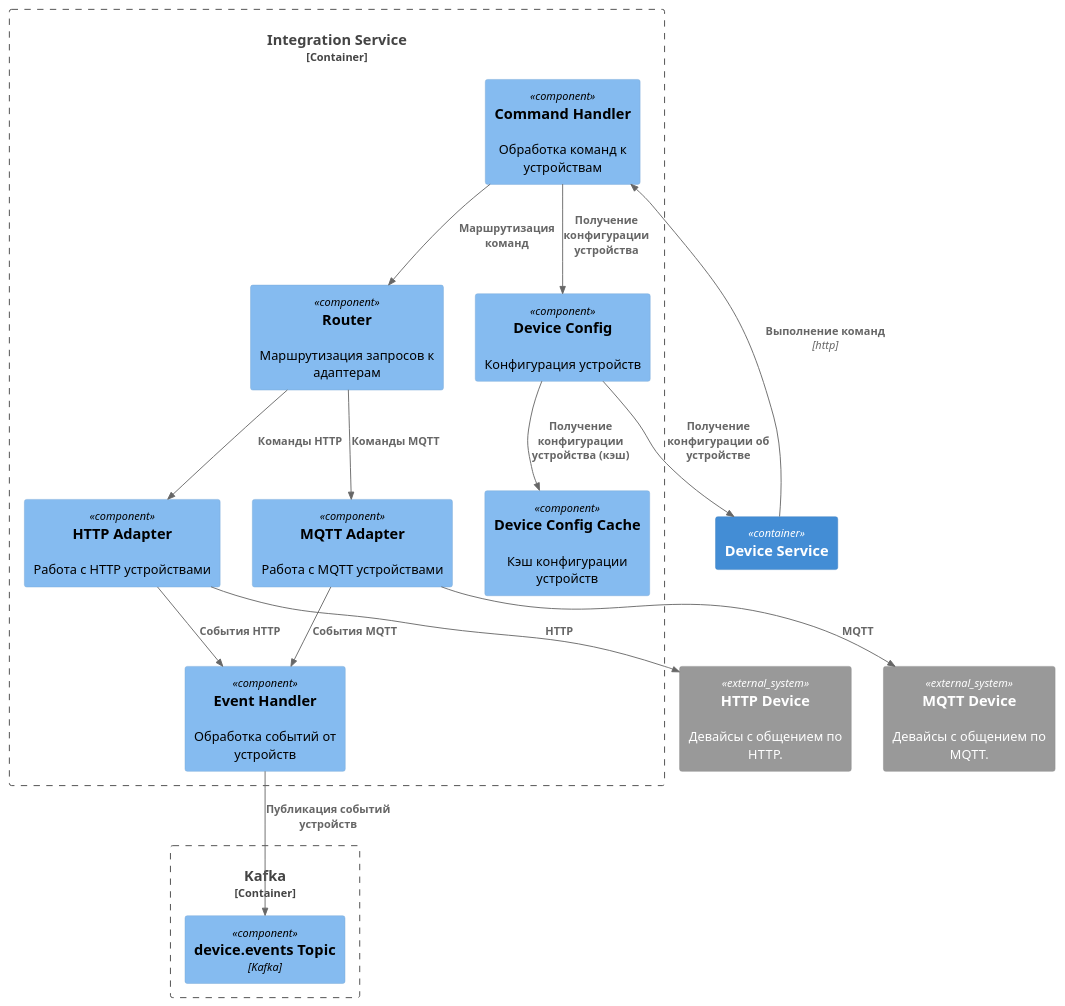
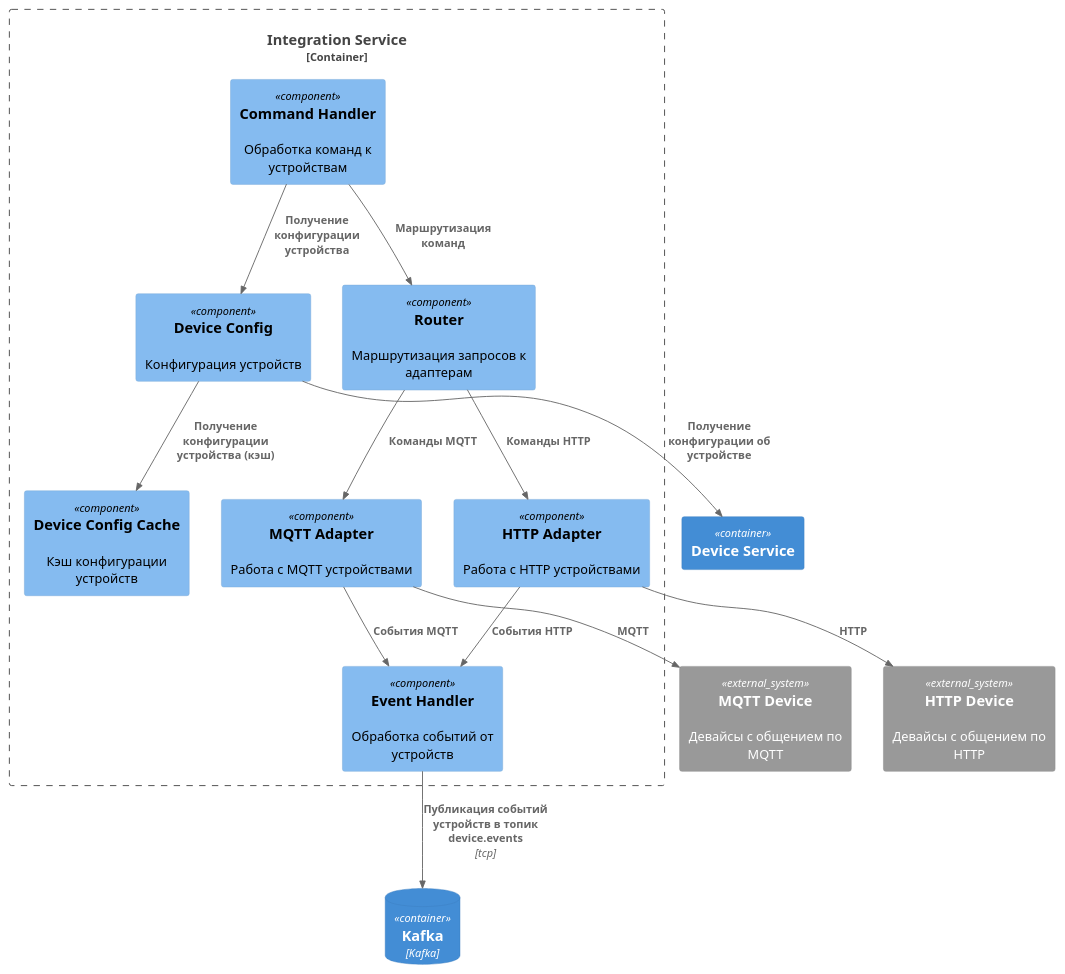
The third of 6 diagrams in docs/2be_component.puml (dengaleev/practicum-warmhouse), drawn with PlantUML before and after one commit. The commit also changed other lines of this file, not shown here.

```diff
--- a/docs/2be_component.puml
+++ b/docs/2be_component.puml
@@ -47,44 +63,38 @@
 @startuml C4_Component_ToBeSystem_IntegrationService
 
 !include https://raw.githubusercontent.com/plantuml-stdlib/C4-PlantUML/master/C4_Component.puml
+
+Container(device_service, "Device Service", "", "")
+ContainerDb(kafka_device_events, "Kafka", "Kafka", "")
+System_Ext(mqtt_device, "MQTT Device", "Девайсы с общением по MQTT")
+System_Ext(http_device, "HTTP Device", "Девайсы с общением по HTTP")
 
 Container_Boundary(integration_service, "Integration Service") {
     Component(command_handler, "Command Handler", "", "Обработка команд к устройствам")
     Component(event_handler, "Event Handler", "", "Обработка событий от устройств")
 
     Component(device_config, "Device Config", "", "Конфигурация устройств")
     Component(device_config_cache, "Device Config Cache", "", "Кэш конфигурации устройств")
     Component(router, "Router", "", "Маршрутизация запросов к адаптерам")
 
     Component(mqtt_adapter, "MQTT Adapter", "", "Работа с MQTT устройствами")
     Component(http_adapter, "HTTP Adapter", "", "Работа с HTTP устройствами")
 }
 
-Container_Boundary(Kafka, "Kafka") {
-    Component(kafka_device_events, "device.events Topic", "Kafka", "")
-}
-
-Container(device_service, "Device Service", "", "")
-
-Rel(device_service, command_handler, "Выполнение команд", "http")
 Rel(command_handler, device_config, "Получение конфигурации устройства", "")
 Rel(device_config, device_config_cache, "Получение конфигурации устройства (кэш)", "")
 Rel(device_config, device_service, "Получение конфигурации об устройстве", "")
-
-System_Ext(mqtt_device, "MQTT Device", "Девайсы с общением по MQTT.")
-System_Ext(http_device, "HTTP Device", "Девайсы с общением по HTTP.")
-
 
 Rel(command_handler, router, "Маршрутизация команд", "")
 Rel(router, mqtt_adapter, "Команды MQTT", "")
 Rel(router, http_adapter, "Команды HTTP", "")
 
 Rel(mqtt_adapter, mqtt_device, "MQTT")
 Rel(http_adapter, http_device, "HTTP")
 
 Rel(mqtt_adapter, event_handler, "События MQTT", "")
 Rel(http_adapter, event_handler, "События HTTP", "")
 
-Rel(event_handler, kafka_device_events, "Публикация событий устройств", "")
+Rel(event_handler, kafka_device_events, "Публикация событий устройств в топик device.events", "tcp")
 
 @enduml
```
